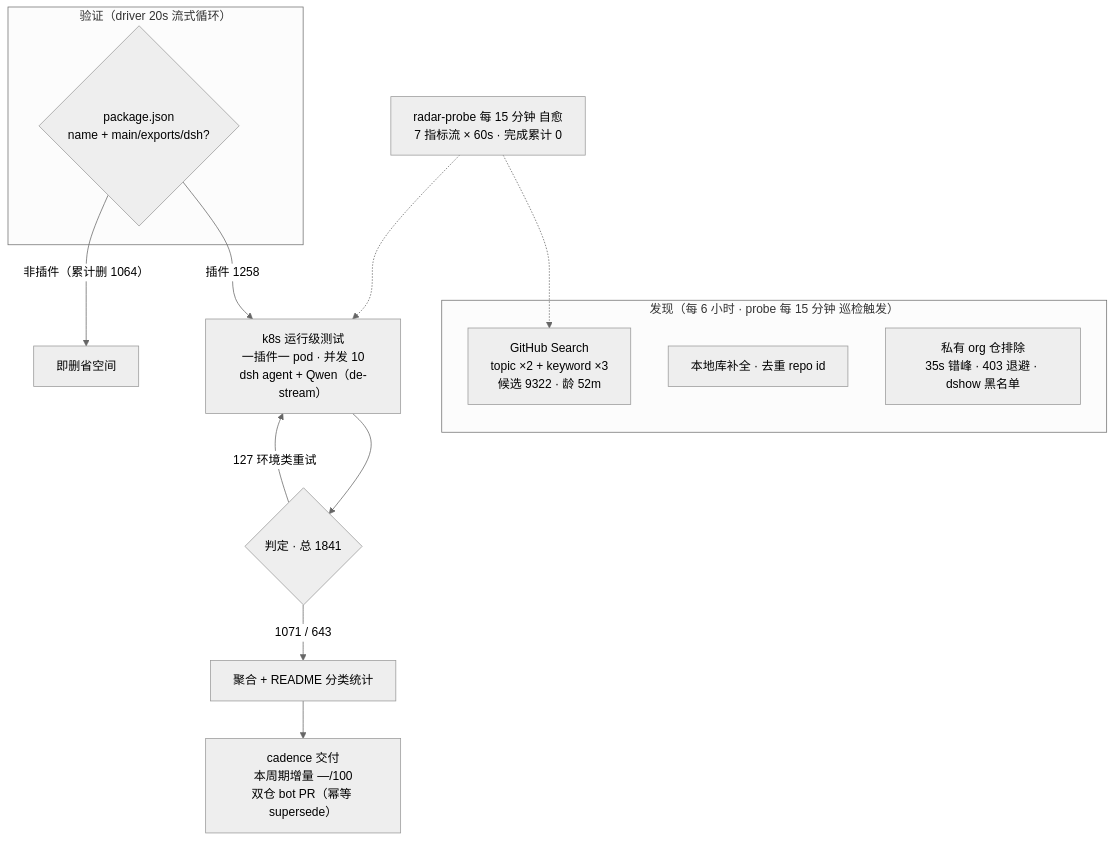
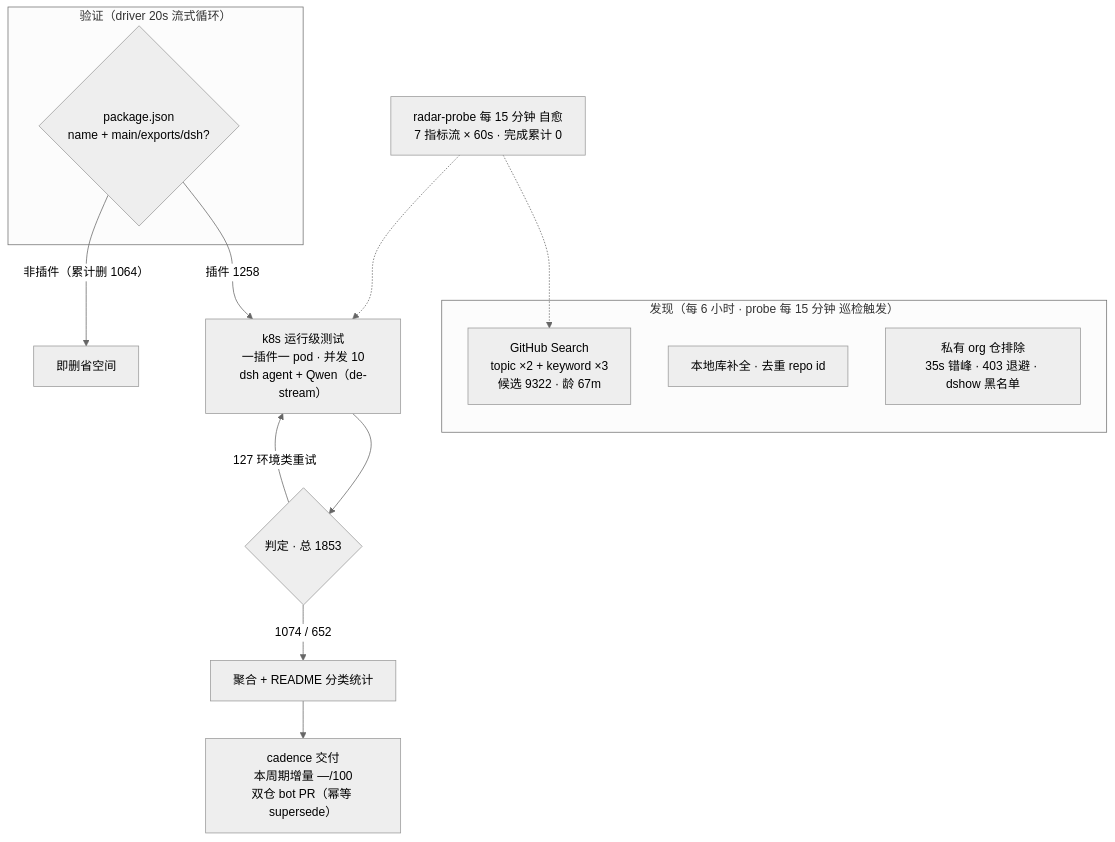
The diagram in README.md (Zhidao-Lab-OSS/awesome-dsh-plugins), drawn with Mermaid (neutral theme) before and after one commit. The commit also changed other lines of this file and 1 other file, not shown here.

````diff
--- a/README.md
+++ b/README.md
@@ -37,19 +37,19 @@
 ```mermaid
 flowchart TB
     subgraph Discovery[" 发现（每 6 小时 · probe 每 15 分钟 巡检触发）"]
-        A1["GitHub Search<br/>topic ×2 + keyword ×3<br/>候选 9322 · 龄 52m"]
+        A1["GitHub Search<br/>topic ×2 + keyword ×3<br/>候选 9322 · 龄 67m"]
         A2["本地库补全 · 去重 repo id"]
         A3[" 私有 org 仓排除<br/>35s 错峰 · 403 退避 · dshow 黑名单"]
     end
     subgraph Validation[" 验证（driver 20s 流式循环）"]
         B1{"package.json<br/>name + main/exports/dsh?"}
     end
     B1 -->|"插件 1258"| C1["k8s 运行级测试<br/>一插件一 pod · 并发 10<br/>dsh agent + Qwen（de-stream）"]
     B1 -->|"非插件（累计删 1064）"| B3[" 即删省空间"]
-    C1 --> D1{"判定 · 总 1841"}
-    D1 -->|" 1071 /  643"| E1["聚合 + README 分类统计"]
+    C1 --> D1{"判定 · 总 1853"}
+    D1 -->|" 1074 /  652"| E1["聚合 + README 分类统计"]
     D1 -->|" 127 环境类重试"| C1
     E1 --> E2["cadence 交付<br/>本周期增量 —/100<br/>双仓 bot PR（幂等 supersede）"]
     M[" radar-probe 每 15 分钟 自愈<br/>7 指标流 × 60s · 完成累计 0"] -.-> A1
     M -.-> C1
 ```
````
